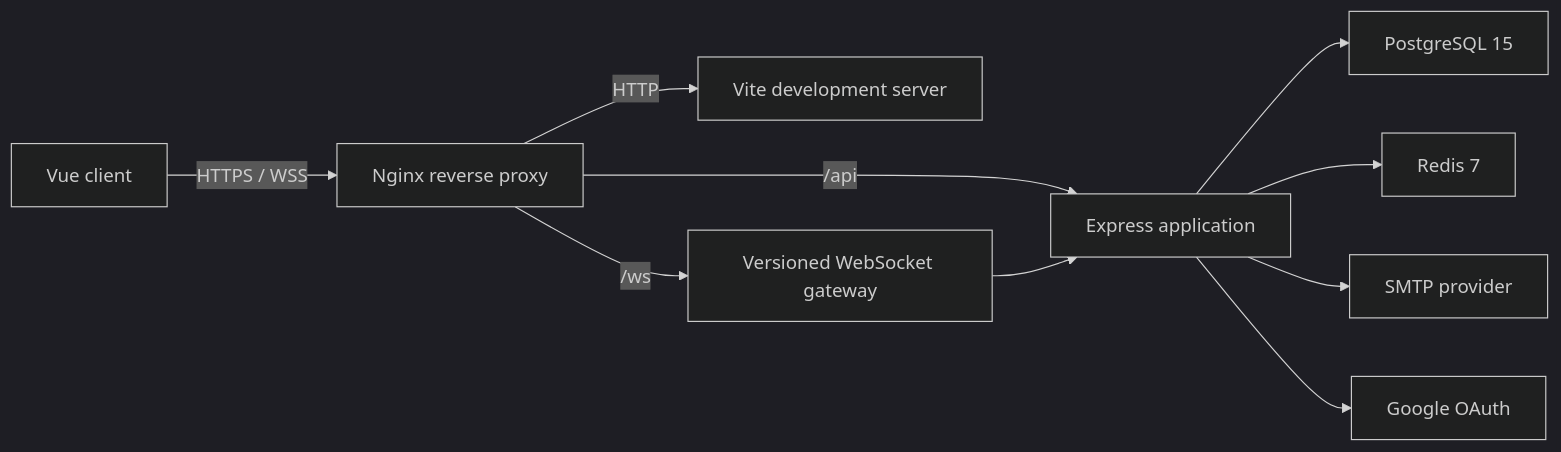
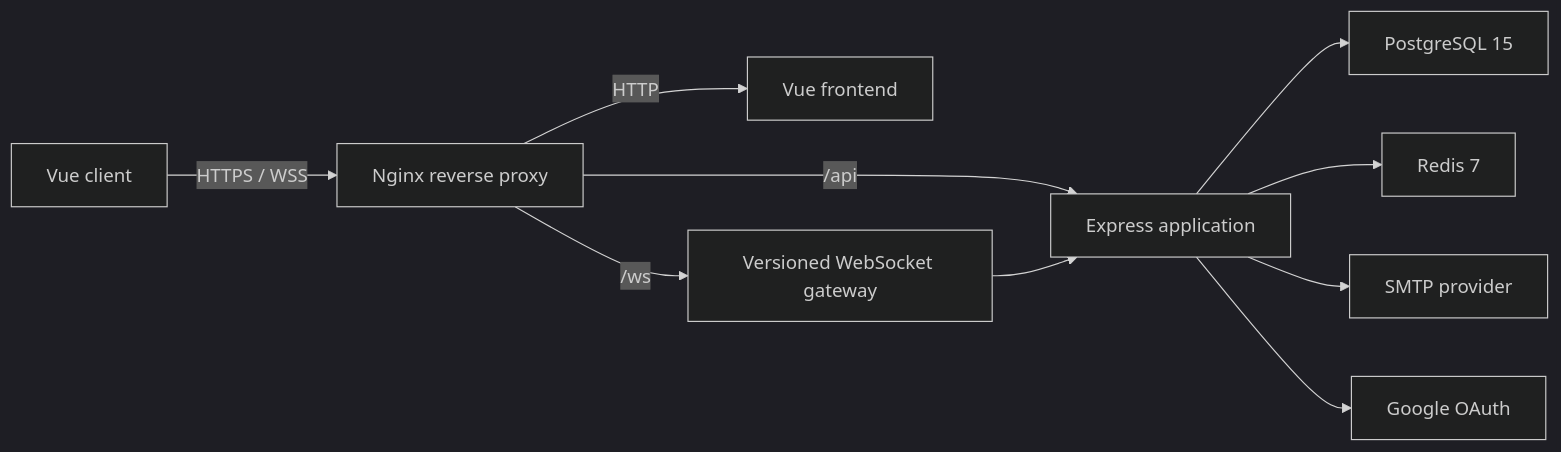
Before and after one commit to 42worktool/TaskFlow: the first of 2 diagrams in README.md, drawn with Mermaid (dark theme). The commit also changed other lines of this file, not shown here.

Commit message:
docs: document development and production workflows

````diff
--- a/README.md
+++ b/README.md
@@ -54,12 +54,12 @@
 ```mermaid
 flowchart LR
     Browser["Vue client"] -->|"HTTPS / WSS"| Nginx["Nginx reverse proxy"]
-    Nginx -->|"HTTP"| Frontend["Vite development server"]
+    Nginx -->|"HTTP"| Frontend["Vue frontend"]
     Nginx -->|"/api"| Backend["Express application"]
     Nginx -->|"/ws"| Realtime["Versioned WebSocket gateway"]
     Realtime --> Backend
     Backend --> PostgreSQL["PostgreSQL 15"]
     Backend --> Redis["Redis 7"]
     Backend --> SMTP["SMTP provider"]
     Backend --> Google["Google OAuth"]
 ```
````
